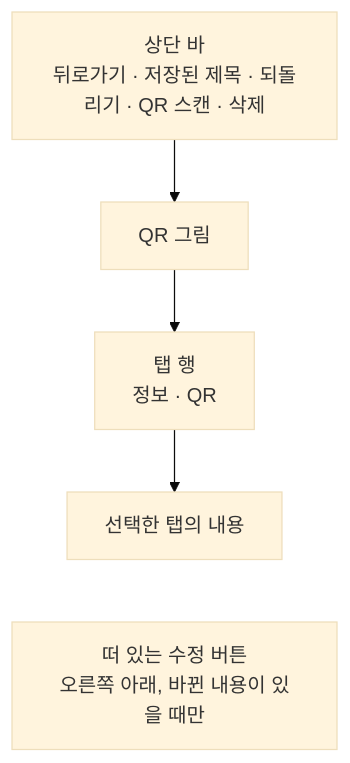
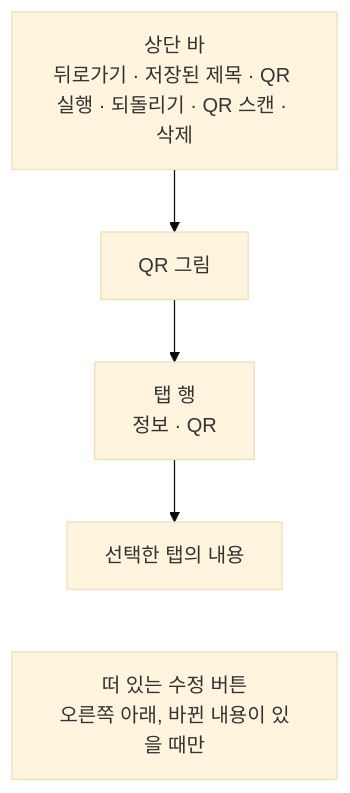
One commit to taetae98coding/DiaryKMP changed the first of 2 diagrams in docs/design/qr-detail.md. Above: the diagram before and after it, drawn with Mermaid (base theme). The commit also changed other lines of this file and 2 other files, not shown here.

````diff
--- a/docs/design/qr-detail.md
+++ b/docs/design/qr-detail.md
@@ -15,10 +15,10 @@
 ```mermaid
 flowchart TB
-    top["상단 바<br/>뒤로가기 · 저장된 제목 · 되돌리기 · QR 스캔 · 삭제"]
+    top["상단 바<br/>뒤로가기 · 저장된 제목 · QR 실행 · 되돌리기 · QR 스캔 · 삭제"]
     qr["QR 그림"]
     tabs["탭 행<br/>정보 · QR"]
     content["선택한 탭의 내용"]
     fab["떠 있는 수정 버튼<br/>오른쪽 아래, 바뀐 내용이 있을 때만"]
     top --> qr --> tabs --> content
     content ~~~ fab
 ```
````
